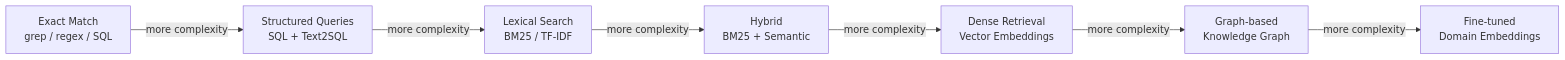
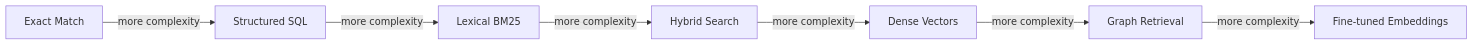
One commit to bet0x/barrahome-2026 changed the first of 3 diagrams in 2026/02/19/rag-from-theory-to-enterprise.md. Above: the diagram before and after it, drawn with Mermaid. The commit also changed other lines of this file, not shown here.

Commit message:
Simplify failing mermaid diagrams: remove br and hyphens from labels

```diff
--- a/2026/02/19/rag-from-theory-to-enterprise.md
+++ b/2026/02/19/rag-from-theory-to-enterprise.md
@@ -24,17 +24,9 @@
 <div class="mermaid">
 graph LR
-    EM[Exact Match<br/>grep / regex / SQL]
-    SQL[Structured Queries<br/>SQL + Text2SQL]
-    BM25[Lexical Search<br/>BM25 / TF-IDF]
-    HYB[Hybrid<br/>BM25 + Semantic]
-    VEC[Dense Retrieval<br/>Vector Embeddings]
-    GRAPH[Graph-based<br/>Knowledge Graph]
-    FINE[Fine-tuned<br/>Domain Embeddings]
-
-    EM -->|more complexity| SQL
-    SQL -->|more complexity| BM25
-    BM25 -->|more complexity| HYB
-    HYB -->|more complexity| VEC
-    VEC -->|more complexity| GRAPH
-    GRAPH -->|more complexity| FINE
+    EM[Exact Match] -->|more complexity| SQ[Structured SQL]
+    SQ -->|more complexity| BM[Lexical BM25]
+    BM -->|more complexity| HY[Hybrid Search]
+    HY -->|more complexity| VE[Dense Vectors]
+    VE -->|more complexity| GR[Graph Retrieval]
+    GR -->|more complexity| FI[Fine-tuned Embeddings]
 </div>
```
